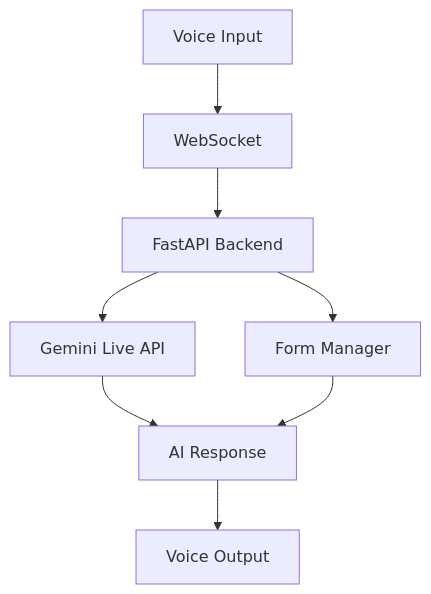
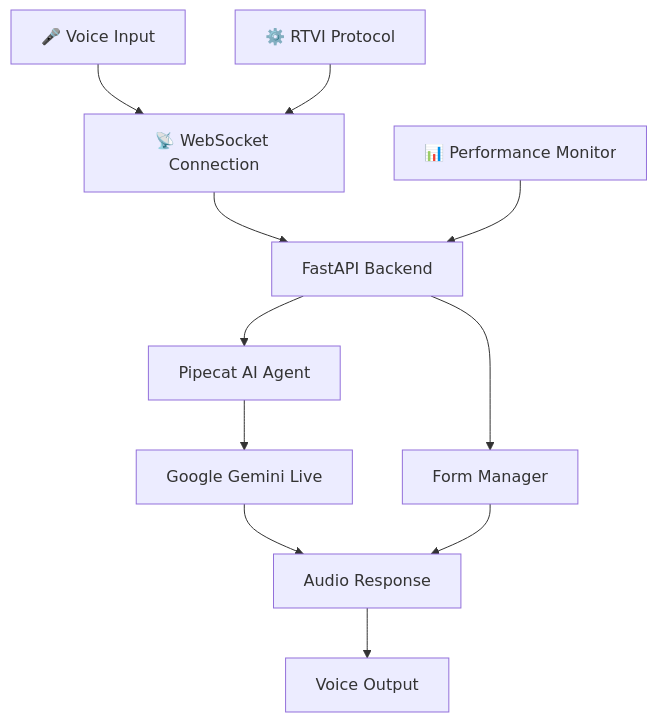
Before and after one commit to AnthropoidFHJ/Low-Latency-AI-Voice-Agent: the diagram in README.md, drawn with Mermaid. The commit also changed other lines of this file, not shown here.

````diff
--- a/README.md
+++ b/README.md
@@ -15,10 +17,14 @@
 ```mermaid
-graph TD
-    A[Voice Input] --> B[WebSocket]
-    B --> C[FastAPI Backend] 
-    C --> D[Gemini Live API]
-    C --> E[Form Manager]
-    D --> F[AI Response]
-    E --> F
-    F --> G[Voice Output]
+graph TB
+    A[🎤 Voice Input] --> B[📡 WebSocket Connection]
+    B --> C[FastAPI Backend]
+    C --> D[Pipecat AI Agent]
+    D --> E[Google Gemini Live]
+    C --> F[Form Manager]
+    E --> G[Audio Response]
+    F --> G
+    G --> H[Voice Output]
+    
+    I[⚙️ RTVI Protocol] --> B
+    J[📊 Performance Monitor] --> C
 ```
````
